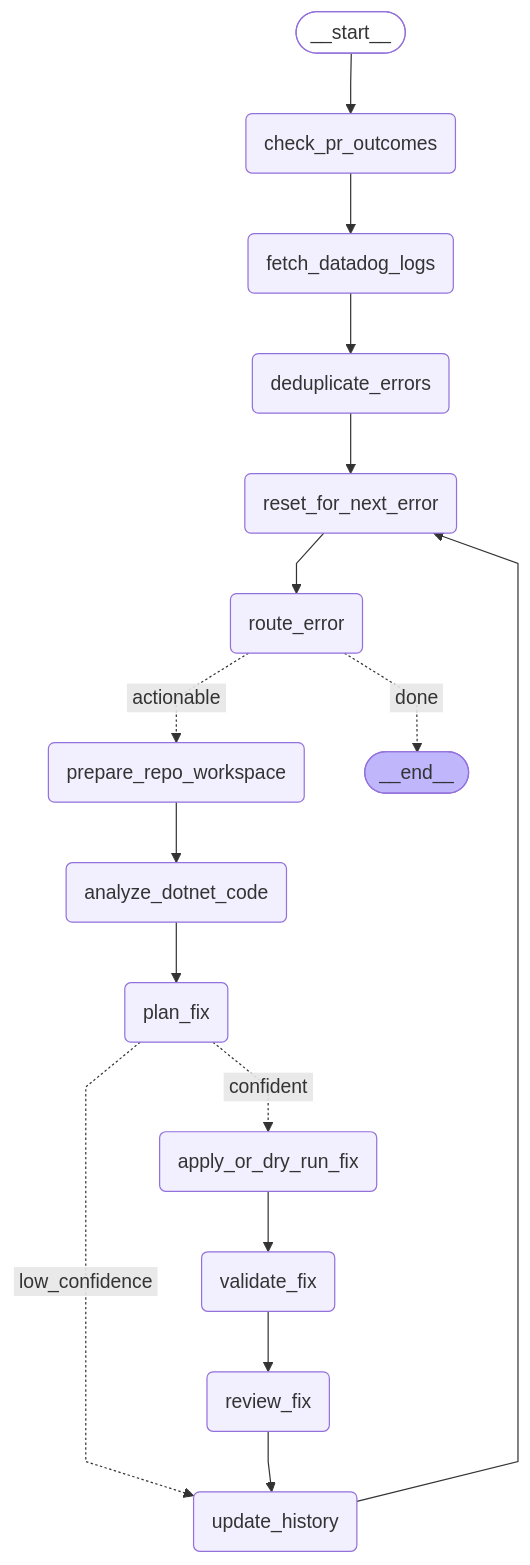
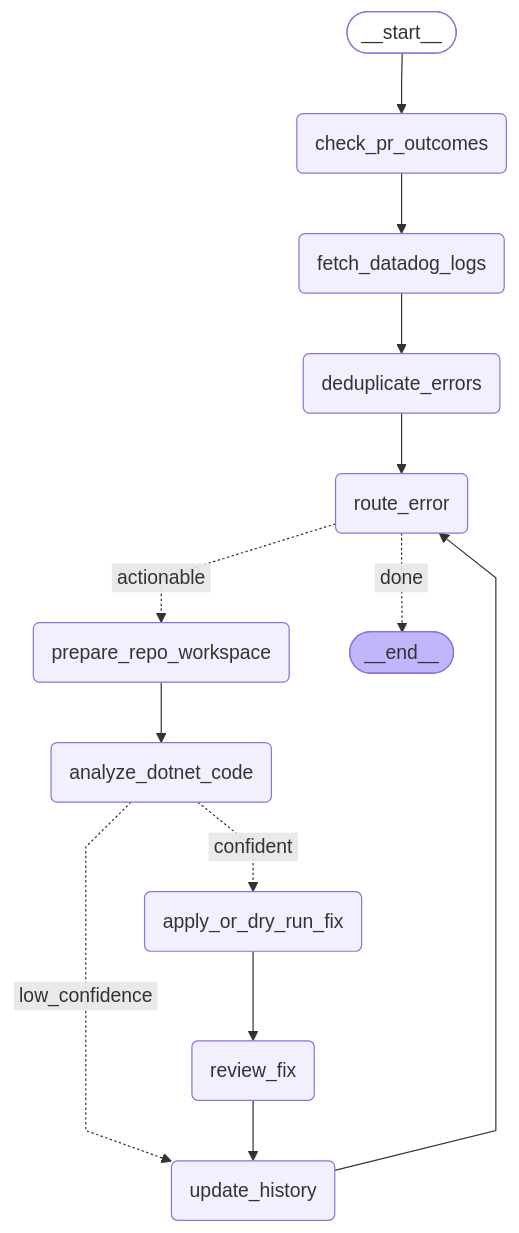
One commit to Vishwa-Savandkar/LogScrapper changed the diagram in data/workflow-graph.mmd. Above: the diagram before and after it, drawn with Mermaid. The commit also changed 3 other files, not shown here.

```diff
--- a/data/workflow-graph.mmd
+++ b/data/workflow-graph.mmd
@@ -1,38 +1,32 @@
 ---
 config:
   flowchart:
     curve: linear
 ---
 graph TD;
 	__start__([<p>__start__</p>]):::first
 	check_pr_outcomes(check_pr_outcomes)
 	fetch_datadog_logs(fetch_datadog_logs)
 	deduplicate_errors(deduplicate_errors)
-	reset_for_next_error(reset_for_next_error)
 	route_error(route_error)
 	prepare_repo_workspace(prepare_repo_workspace)
 	analyze_dotnet_code(analyze_dotnet_code)
-	plan_fix(plan_fix)
 	apply_or_dry_run_fix(apply_or_dry_run_fix)
-	validate_fix(validate_fix)
 	review_fix(review_fix)
 	update_history(update_history)
 	__end__([<p>__end__</p>]):::last
 	__start__ --> check_pr_outcomes;
-	analyze_dotnet_code --> plan_fix;
-	apply_or_dry_run_fix --> validate_fix;
+	analyze_dotnet_code -. &nbsp;confident&nbsp; .-> apply_or_dry_run_fix;
+	analyze_dotnet_code -. &nbsp;low_confidence&nbsp; .-> update_history;
+	apply_or_dry_run_fix --> review_fix;
 	check_pr_outcomes --> fetch_datadog_logs;
-	deduplicate_errors --> reset_for_next_error;
+	deduplicate_errors --> route_error;
 	fetch_datadog_logs --> deduplicate_errors;
-	plan_fix -. &nbsp;confident&nbsp; .-> apply_or_dry_run_fix;
-	plan_fix -. &nbsp;low_confidence&nbsp; .-> update_history;
 	prepare_repo_workspace --> analyze_dotnet_code;
-	reset_for_next_error --> route_error;
 	review_fix --> update_history;
 	route_error -. &nbsp;done&nbsp; .-> __end__;
 	route_error -. &nbsp;actionable&nbsp; .-> prepare_repo_workspace;
-	update_history --> reset_for_next_error;
-	validate_fix --> review_fix;
+	update_history --> route_error;
 	classDef default fill:#f2f0ff,line-height:1.2
 	classDef first fill-opacity:0
 	classDef last fill:#bfb6fc
```
